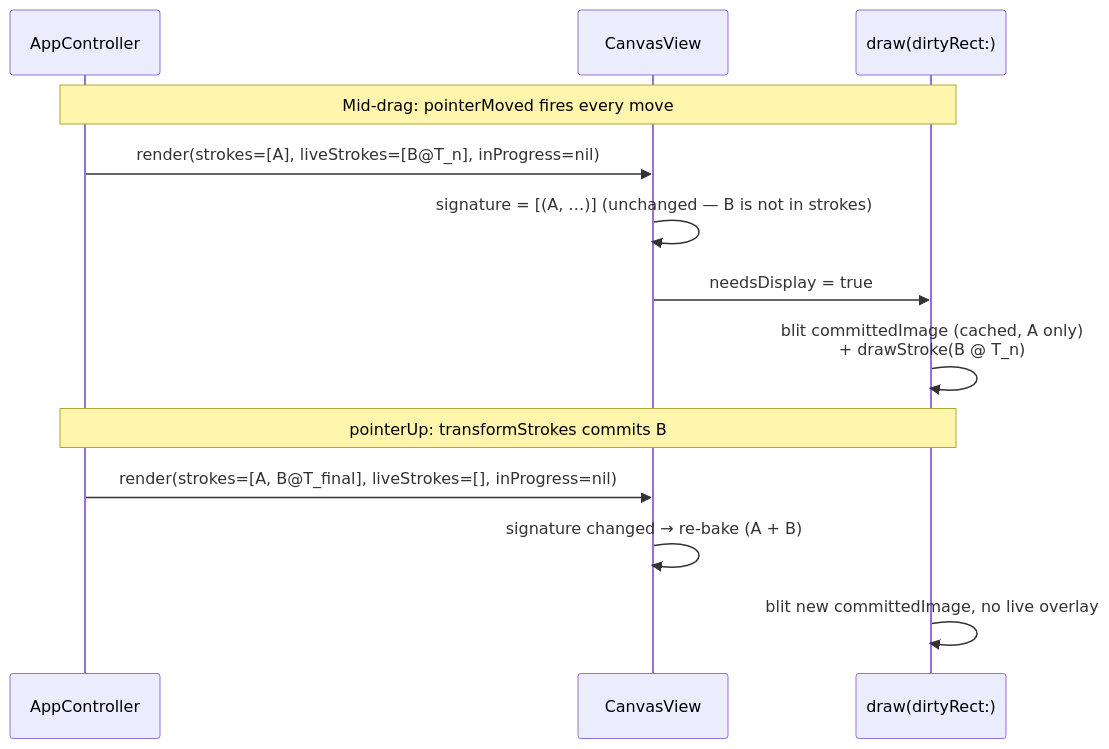
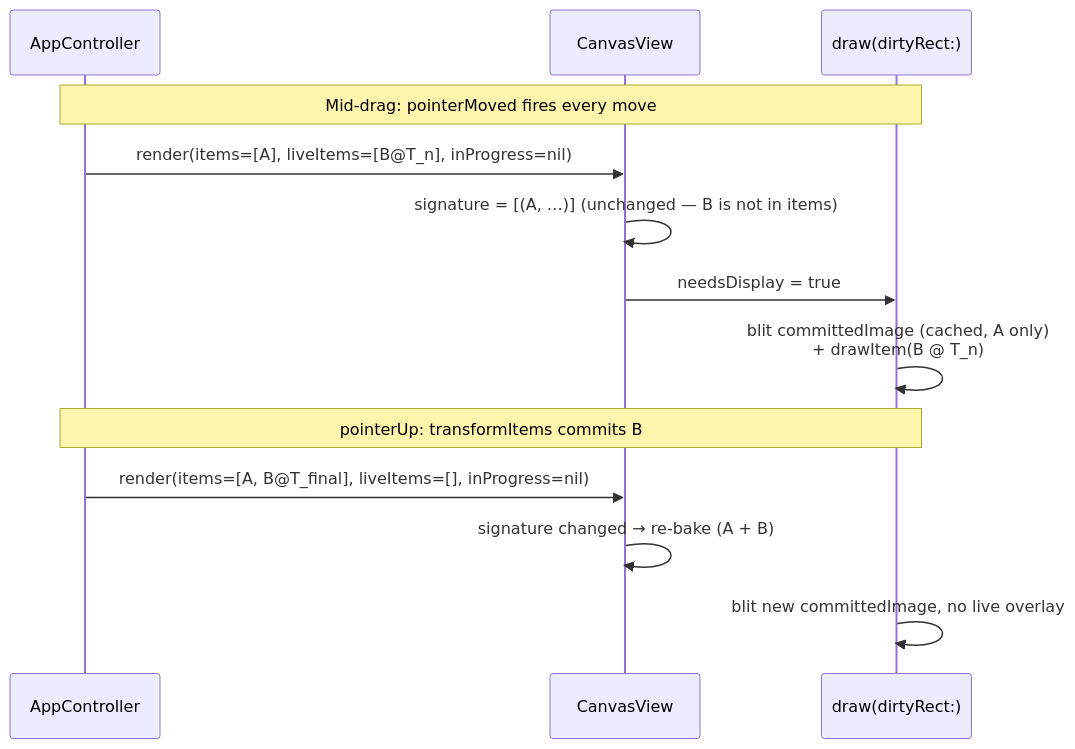
One commit to tednaleid/fiti changed the second of 2 diagrams in docs/architecture.md. Above: the diagram before and after it, drawn with Mermaid. The commit also changed other lines of this file and 1 other file, not shown here.

First line of the commit message:
docs: refresh README + architecture for CanvasItem, tools, interactive resize/rotate

````diff
--- a/docs/architecture.md
+++ b/docs/architecture.md
@@ -148,17 +149,17 @@
 ```mermaid
 sequenceDiagram
     participant C as AppController
     participant CV as CanvasView
     participant View as draw(dirtyRect:)
 
     Note over C,View: Mid-drag: pointerMoved fires every move
-    C->>CV: render(strokes=[A], liveStrokes=[B@T_n], inProgress=nil)
-    CV->>CV: signature = [(A, …)] (unchanged — B is not in strokes)
+    C->>CV: render(items=[A], liveItems=[B@T_n], inProgress=nil)
+    CV->>CV: signature = [(A, …)] (unchanged — B is not in items)
     CV->>View: needsDisplay = true
-    View->>View: blit committedImage (cached, A only)<br/>+ drawStroke(B @ T_n)
+    View->>View: blit committedImage (cached, A only)<br/>+ drawItem(B @ T_n)
 
-    Note over C,View: pointerUp: transformStrokes commits B
-    C->>CV: render(strokes=[A, B@T_final], liveStrokes=[], inProgress=nil)
+    Note over C,View: pointerUp: transformItems commits B
+    C->>CV: render(items=[A, B@T_final], liveItems=[], inProgress=nil)
     CV->>CV: signature changed → re-bake (A + B)
     View->>View: blit new committedImage, no live overlay
 ```
````
